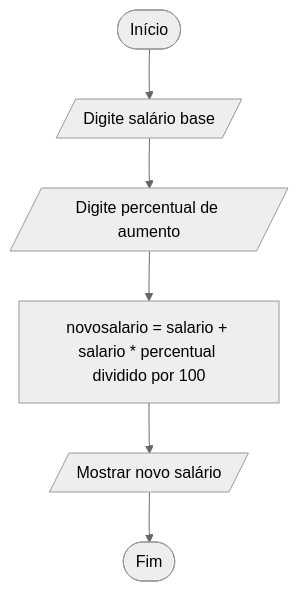
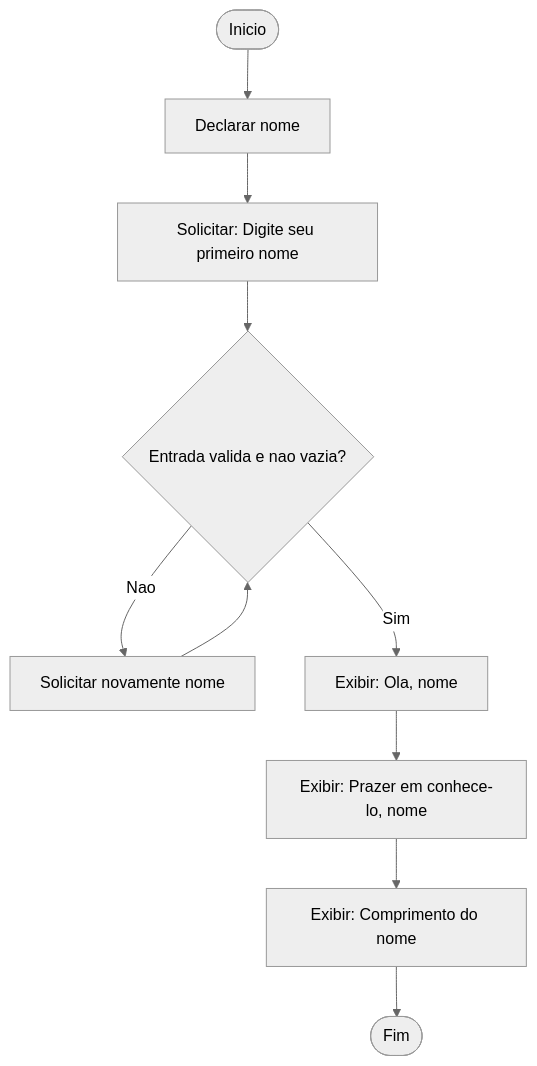
The sixth of 10 diagrams in README.md (DanoloBR/portiflio-dan), drawn with Mermaid (neutral theme) before and after one commit. The commit also changed other lines of this file, not shown here.

````diff
--- a/README.md
+++ b/README.md
@@ -103,8 +121,16 @@
 ```mermaid
 flowchart TD
-  A([Início]) --> B[/Digite salário base/]
-  B --> C[/Digite percentual de aumento/]
-  C --> D[novosalario = salario + salario * percentual dividido por 100]
-  D --> E[/Mostrar novo salário/]
-  E --> F([Fim])
+    A([Inicio])
+    B[Declarar nome]
+    C[Solicitar: Digite seu primeiro nome]
+    D{Entrada valida e nao vazia?}
+    E[Solicitar novamente nome]
+    F[Exibir: Ola, nome]
+    G[Exibir: Prazer em conhece-lo, nome]
+    H[Exibir: Comprimento do nome]
+    I([Fim])
+
+    A --> B --> C --> D
+    D -->|Nao| E --> D
+    D -->|Sim| F --> G --> H --> I
 ```
````
